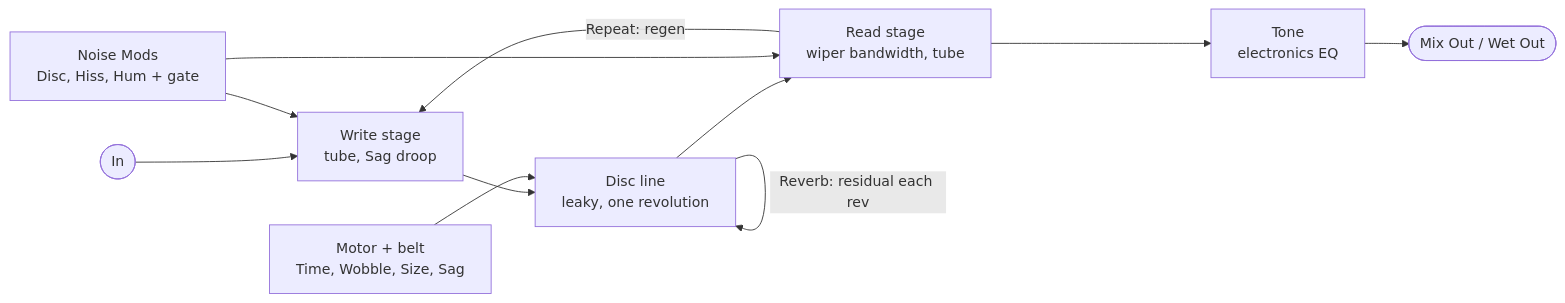
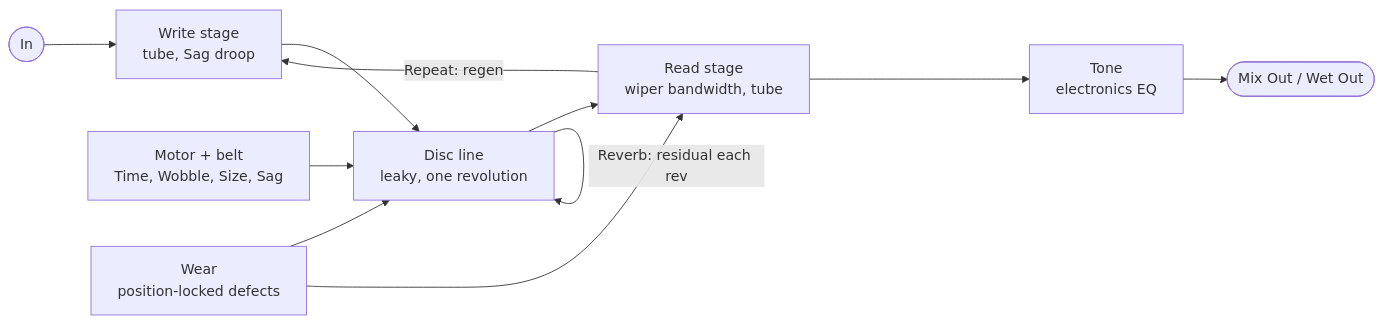
Before and after one commit to Kiwooky/NHE-Can-Abyss: the diagram in docs/spec.md, drawn with Mermaid. The commit also changed other lines of this file and 19 other files, not shown here.

````diff
--- a/docs/spec.md
+++ b/docs/spec.md
@@ -41,12 +41,12 @@
 ```mermaid
 flowchart LR
     IN([In]) --> W[Write stage<br/>tube, Sag droop]
     W --> D[Disc line<br/>leaky, one revolution]
     D --> R[Read stage<br/>wiper bandwidth, tube]
     R --> T[Tone<br/>electronics EQ] --> M([Mix Out / Wet Out])
     D -- "Reverb: residual each rev" --> D
     R -- "Repeat: regen" --> W
-    N[Noise Mods<br/>Disc, Hiss, Hum + gate] --> W
-    N --> R
     MO[Motor + belt<br/>Time, Wobble, Size, Sag] --> D
+    WE[Wear<br/>position-locked defects] --> D
+    WE --> R
 ```
````
